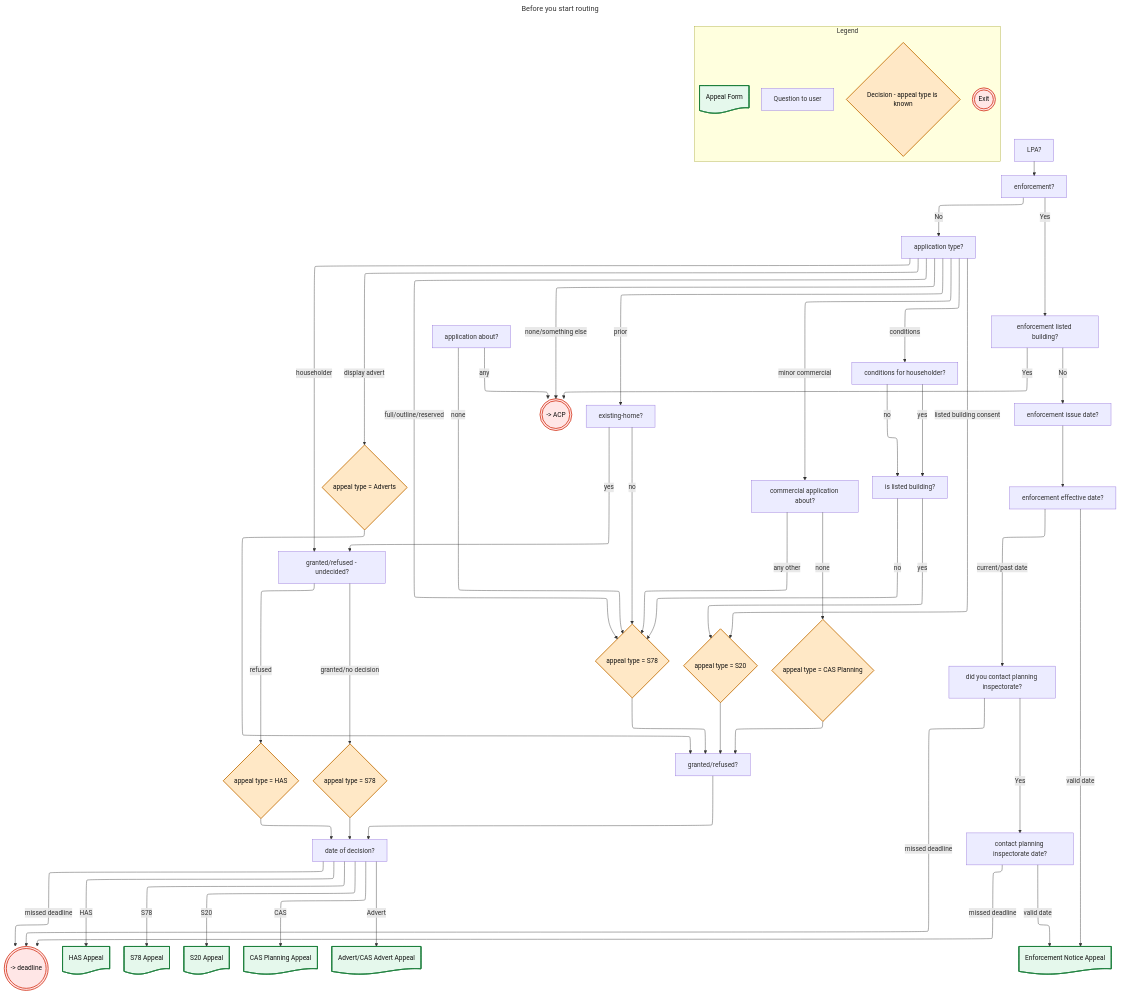
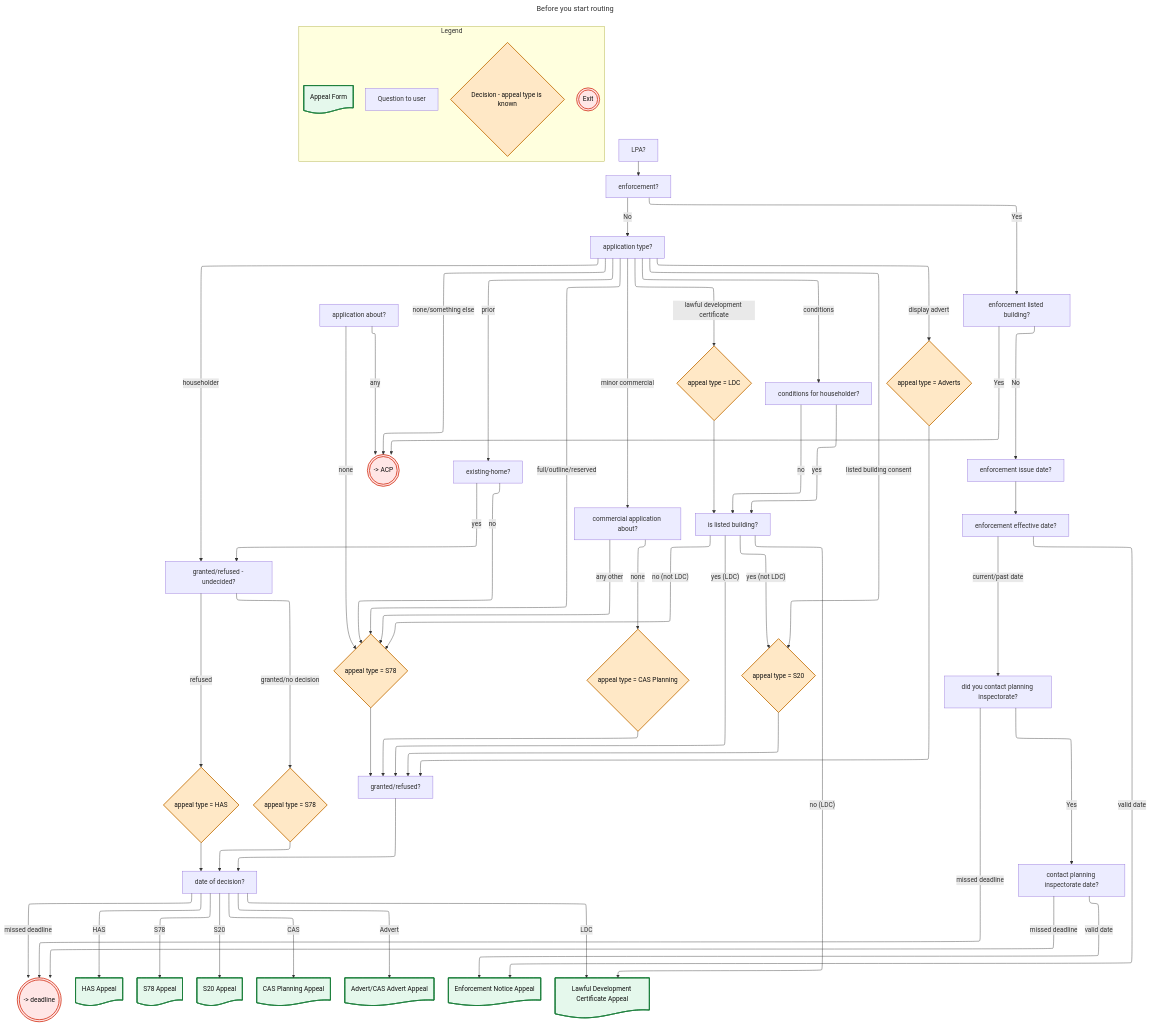
One commit to Planning-Inspectorate/appeal-planning-decision changed the diagram in docs/before-you-start.md. Above: the diagram before and after it, drawn with Mermaid. The commit also changed 19 other files, not shown here.

````diff
--- a/docs/before-you-start.md
+++ b/docs/before-you-start.md
@@ -27,6 +27,7 @@
     decideS20{appeal type = S20}:::decisionStyle
     decideCAS{appeal type = CAS Planning}:::decisionStyle
     decideAdvert{appeal type = Adverts}:::decisionStyle
+    decideLDC{appeal type = LDC}:::decisionStyle
 
     %% Appeal Forms
     HAS@{ shape: doc, label: "HAS Appeal" }
@@ -35,6 +36,7 @@
     CAS@{ shape: doc, label: "CAS Planning Appeal" }
     Advert@{ shape: doc, label: "Advert/CAS Advert Appeal" }
     Enforcement@{ shape: doc, label: "Enforcement Notice Appeal" }
+    LDC@{ shape: doc, label: "Lawful Development Certificate Appeal"}
 
     %% questions
     lpa[LPA?]
@@ -79,6 +81,7 @@
     applicationType -- listed building consent --> decideS20
     applicationType -- display advert --> decideAdvert
     applicationType -- minor commercial --> applicationAboutCAS
+    applicationType -- lawful development certificate --> decideLDC
     applicationType -- prior --> existingHome
     applicationType -- conditions --> conditionsHouseholder
     applicationType -- none/something else --> acp1
@@ -90,18 +93,21 @@
     applicationAboutCAS -- any other --> decideS78A
 
     existingHome -- yes --> grantedRefusedUndecided
-	existingHome -- no --> decideS78A
+	  existingHome -- no --> decideS78A
 
     conditionsHouseholder -- yes --> listedBuilding
     conditionsHouseholder -- no --> listedBuilding
 
-    listedBuilding -- yes --> decideS20
-    listedBuilding -- no --> decideS78A
+    listedBuilding -- yes (not LDC) --> decideS20
+    listedBuilding -- no (not LDC) --> decideS78A
+    listedBuilding -- yes (LDC) --> grantedRefused
+    listedBuilding -- no (LDC) --> LDC
 
     decideS78A --> grantedRefused
     decideS20 --> grantedRefused
     decideAdvert --> grantedRefused
     decideCAS --> grantedRefused
+    decideLDC --> listedBuilding
 
     grantedRefused --> decisionDate
 
@@ -117,11 +123,12 @@
     decisionDate -- Advert --> Advert
     decisionDate -- CAS --> CAS
     decisionDate -- S20 --> S20
+    decisionDate -- LDC --> LDC
 
     %% styles
     classDef decisionStyle fill:#ffe8c6,stroke:#c26d00,color:#111,stroke-width:2px;
     classDef appealForm fill:#e5f8ec,stroke:#1b7f3c,color:#111,stroke-width:2px;
     classDef exitStyle fill:#ffe6e6,stroke:#d4351c,color:#111,stroke-width:2px;
 
-    class HAS,S78,S20,Advert,CAS,legAppealForm,Enforcement,example appealForm;
+    class HAS,S78,S20,Advert,CAS,legAppealForm,Enforcement,LDC,example appealForm;
 ```
````
